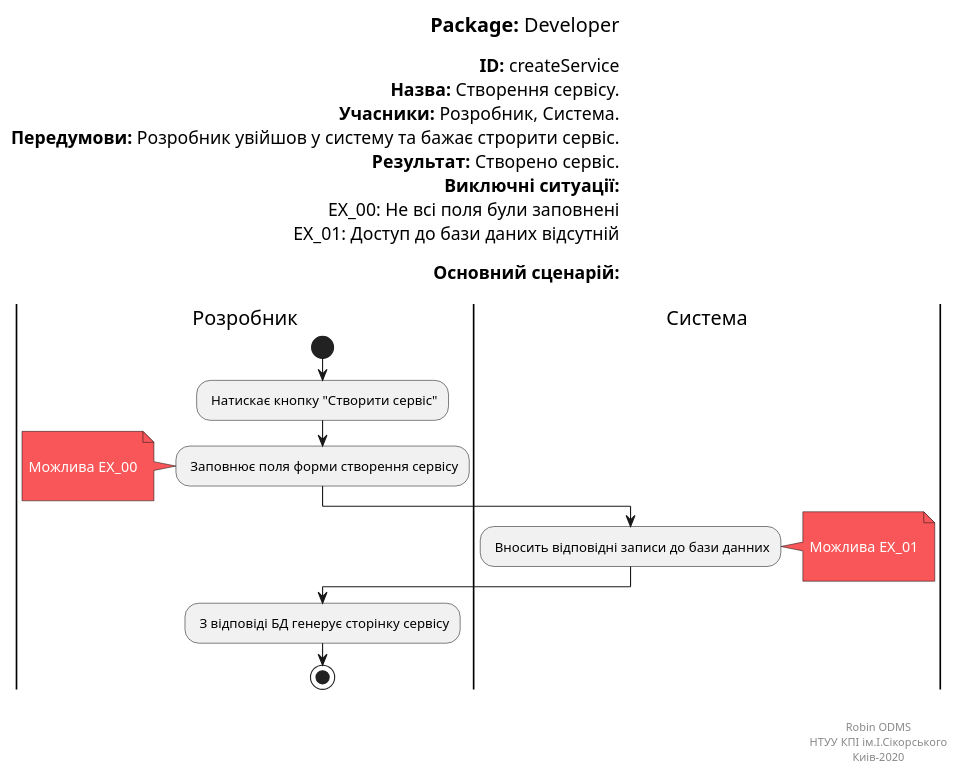
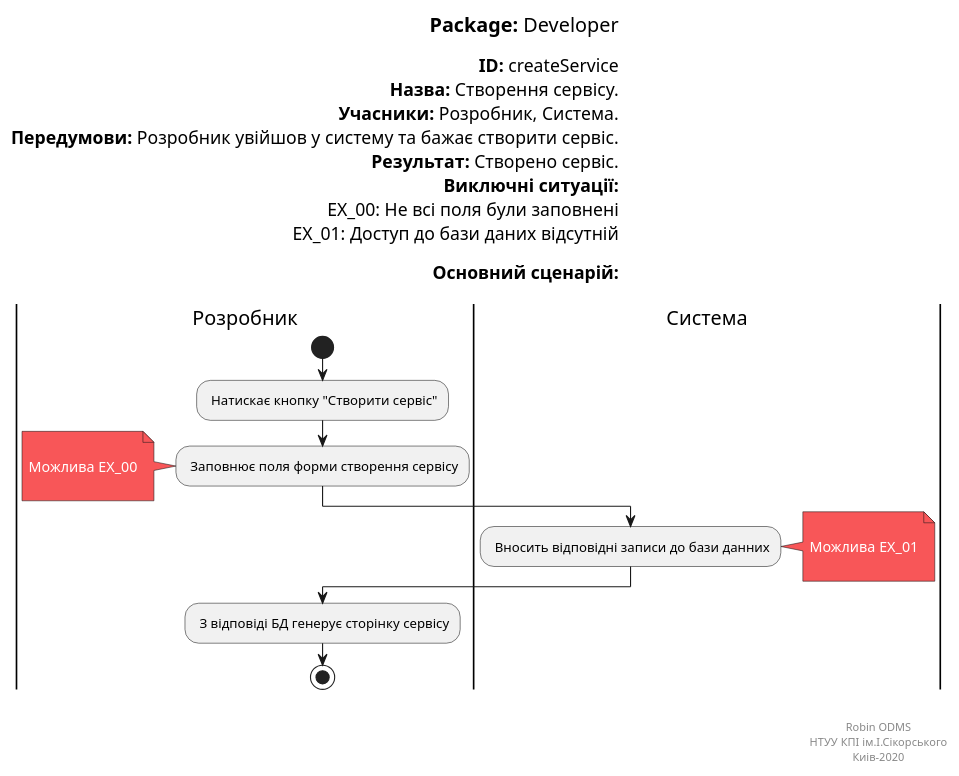
The diagram in docs/UC/Developer/createService.puml (KepAlex-404/robin), drawn with PlantUML before and after one commit.

Commit message:
corrected mistake developer:createService

```diff
--- a/docs/UC/Developer/createService.puml
+++ b/docs/UC/Developer/createService.puml
@@ -1,59 +1,59 @@
 @startuml
 skinparam ArchimateBackgroundColor #ffffff
 skinparam	shadowing false
 skinparam Note {
 	BackgroundColor #f85658
 	FontColor #ffffff
 }
 
 left header
 <font color=000 size=18><b>Package:</b> Developer
 
 <font color=000 size=16><b>ID:</b> createService
 <font color=000 size=16><b>Назва:</b> Створення сервісу.
 <font color=000 size=16><b>Учасники:</b> Розробник, Система.
-<font color=000 size=16><b>Передумови:</b> Розробник увійшов у систему та бажає строрити сервіс.
+<font color=000 size=16><b>Передумови:</b> Розробник увійшов у систему та бажає створити сервіс.
 <font color=000 size=16><b>Результат:</b> Створено сервіс.
 <font color=000 size=16><b>Виключні ситуації:</b>
 <font color=000 size=16> EX_00: Не всі поля були заповнені
 <font color=000 size=16> EX_01: Доступ до бази даних відсутній
 
 <font color=000 size=16><b>Основний сценарій:</b>
 
 end header
 
 |Розробник|
 start
 : Натискає кнопку "Створити сервіс";
 
 : Заповнює поля форми створення сервісу;
 note left
 
 	Можлива EX_00
 
 end note
 
 |Система|
 
 : Вносить відповідні записи до бази данних;
 
 note right
 
 	Можлива EX_01
 
 end note
 
 |Розробник|
 
 : З відповіді БД генерує сторінку сервісу;
 
 stop;
 
 right footer
 
 
 Robin ODMS
 НТУУ КПІ ім.І.Сікорського
 Киів-2020
 end footer
 @enduml
```
